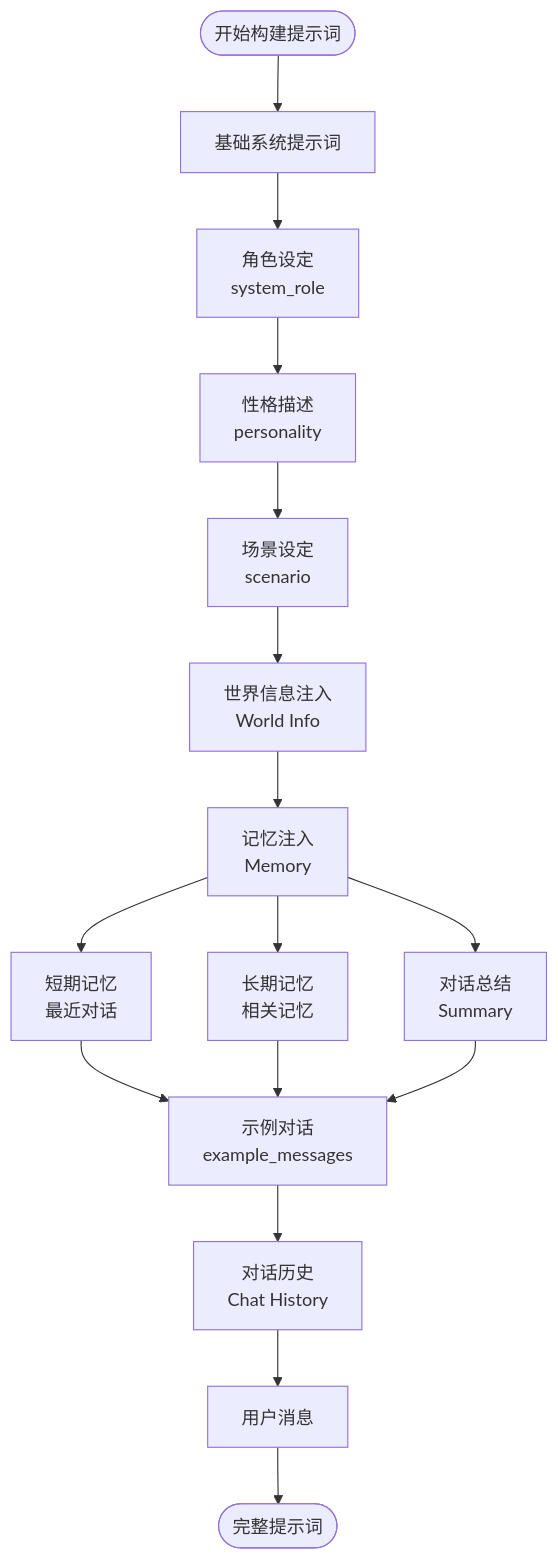
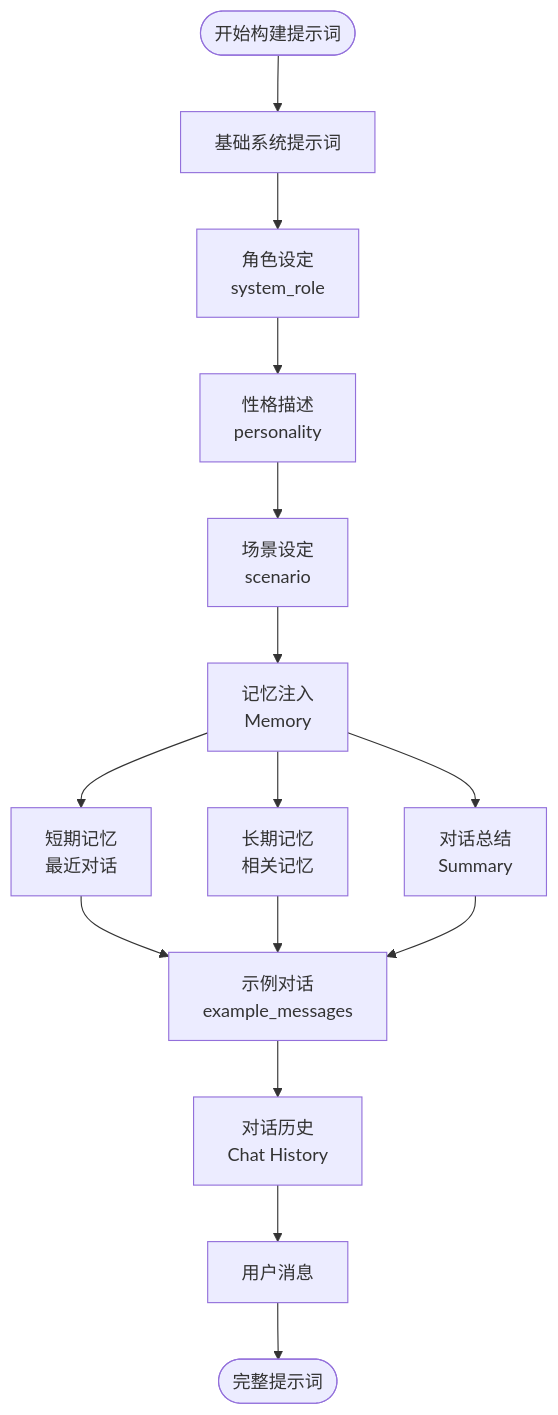
Before and after one commit to RudolphHuang/openclaw_doc: the seventh of 10 diagrams in bar/设计方案.md, drawn with Mermaid. The commit also changed other lines of this file and 3 other files, not shown here.

````diff
--- a/bar/设计方案.md
+++ b/bar/设计方案.md
@@ -598,24 +401,23 @@
 ```mermaid
 flowchart TB
     Start(["开始构建提示词"]) --> Base["基础系统提示词"]
     
     Base --> SystemRole["角色设定<br/>system_role"]
     SystemRole --> Personality["性格描述<br/>personality"]
     Personality --> Scenario["场景设定<br/>scenario"]
     
-    Scenario --> WorldInfo["世界信息注入<br/>World Info"]
-    WorldInfo --> Memory["记忆注入<br/>Memory"]
+    Scenario --> Memory["记忆注入<br/>Memory"]
     
     Memory --> ShortTerm["短期记忆<br/>最近对话"]
     Memory --> LongTerm["长期记忆<br/>相关记忆"]
     Memory --> Summary["对话总结<br/>Summary"]
     
     ShortTerm --> Examples["示例对话<br/>example_messages"]
     LongTerm --> Examples
     Summary --> Examples
     
     Examples --> History["对话历史<br/>Chat History"]
     History --> UserMsg["用户消息"]
     
     UserMsg --> End(["完整提示词"])
 ```
````
